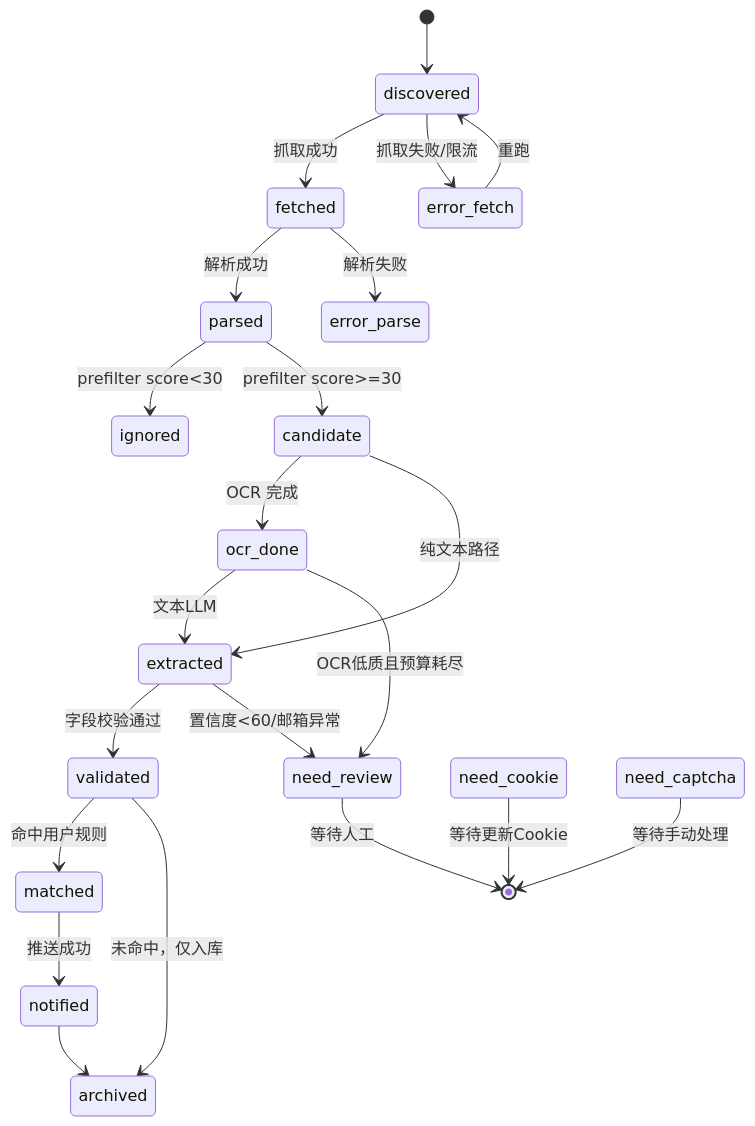
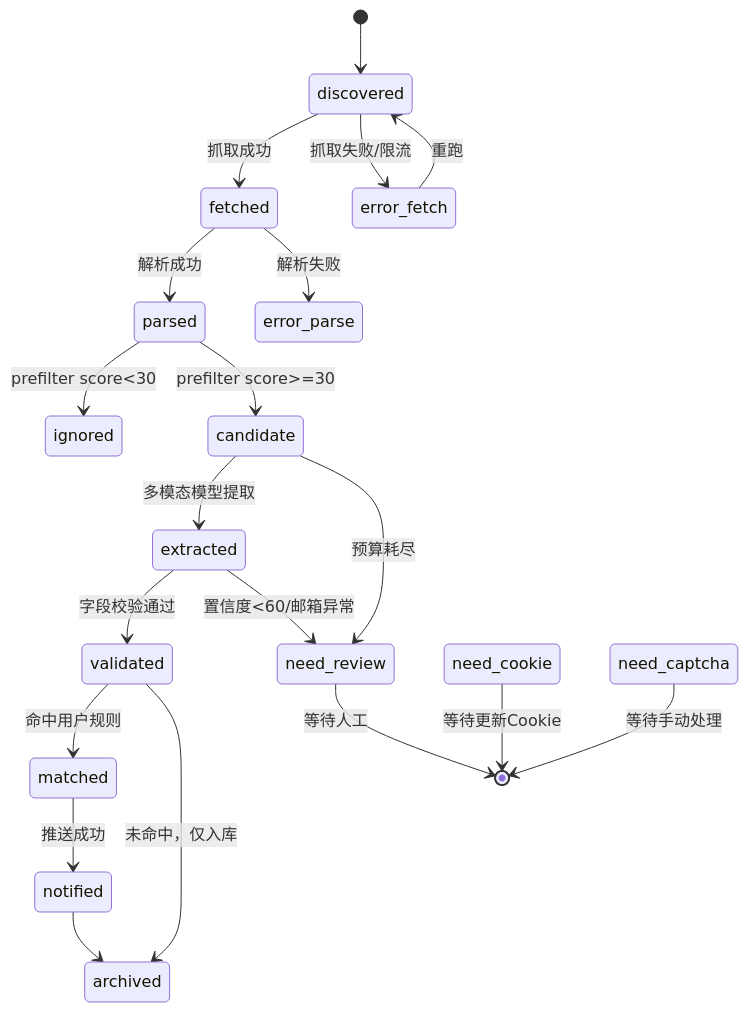
The second of 2 diagrams in docs/WeHireMonitor-软件需求规格.md (jerry9692/wehire-monitor), drawn with Mermaid before and after one commit. The commit also changed other lines of this file and 46 other files, not shown here.

````diff
--- a/docs/WeHireMonitor-软件需求规格.md
+++ b/docs/WeHireMonitor-软件需求规格.md
@@ -128,24 +121,22 @@
 ```mermaid
 stateDiagram-v2
     [*] --> discovered
     discovered --> fetched: 抓取成功
     discovered --> error_fetch: 抓取失败/限流
     fetched --> parsed: 解析成功
     fetched --> error_parse: 解析失败
     parsed --> ignored: prefilter score<30
     parsed --> candidate: prefilter score>=30
-    candidate --> ocr_done: OCR 完成
-    candidate --> extracted: 纯文本路径
-    ocr_done --> extracted: 文本LLM
-    ocr_done --> need_review: OCR低质且预算耗尽
+    candidate --> extracted: 多模态模型提取
+    candidate --> need_review: 预算耗尽
     extracted --> validated: 字段校验通过
     extracted --> need_review: 置信度<60/邮箱异常
     validated --> matched: 命中用户规则
     validated --> archived: 未命中，仅入库
     matched --> notified: 推送成功
     notified --> archived
     need_review --> [*]: 等待人工
     error_fetch --> discovered: 重跑
     need_cookie --> [*]: 等待更新Cookie
     need_captcha --> [*]: 等待手动处理
 ```
````
